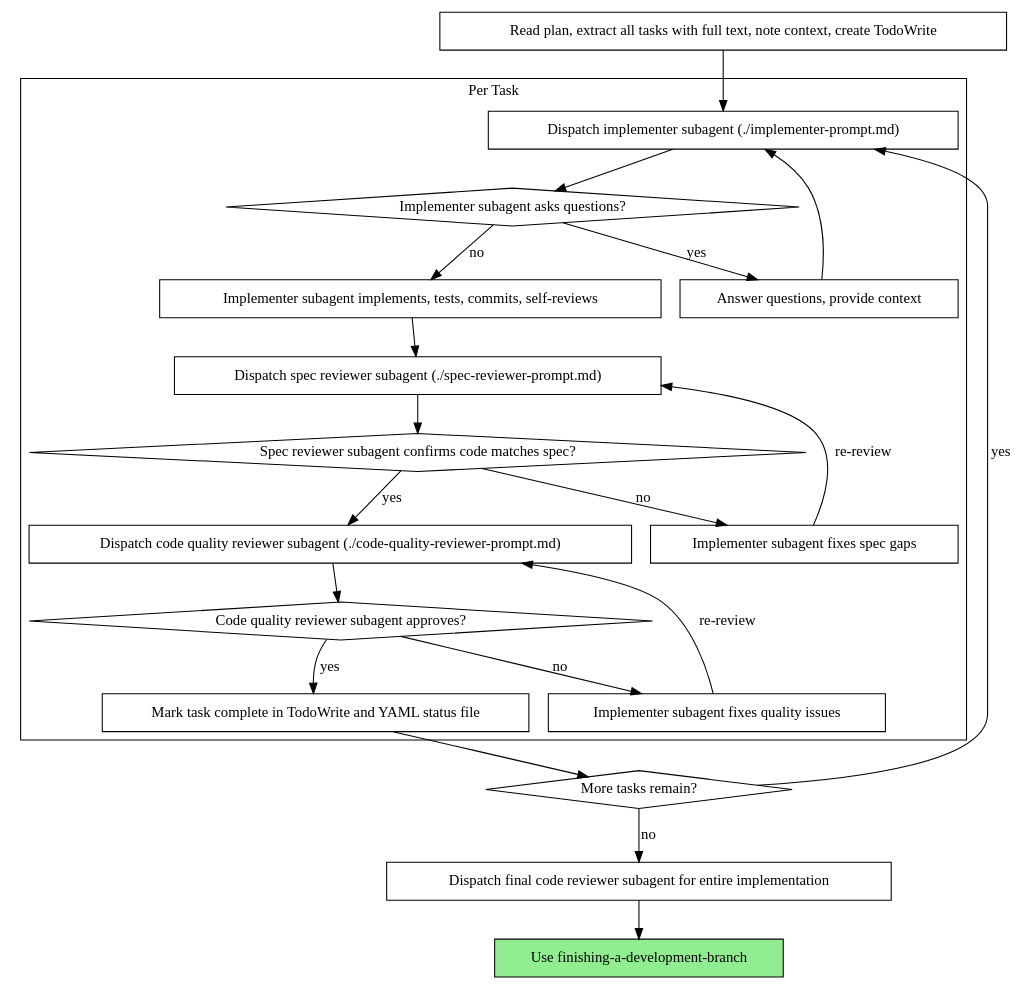
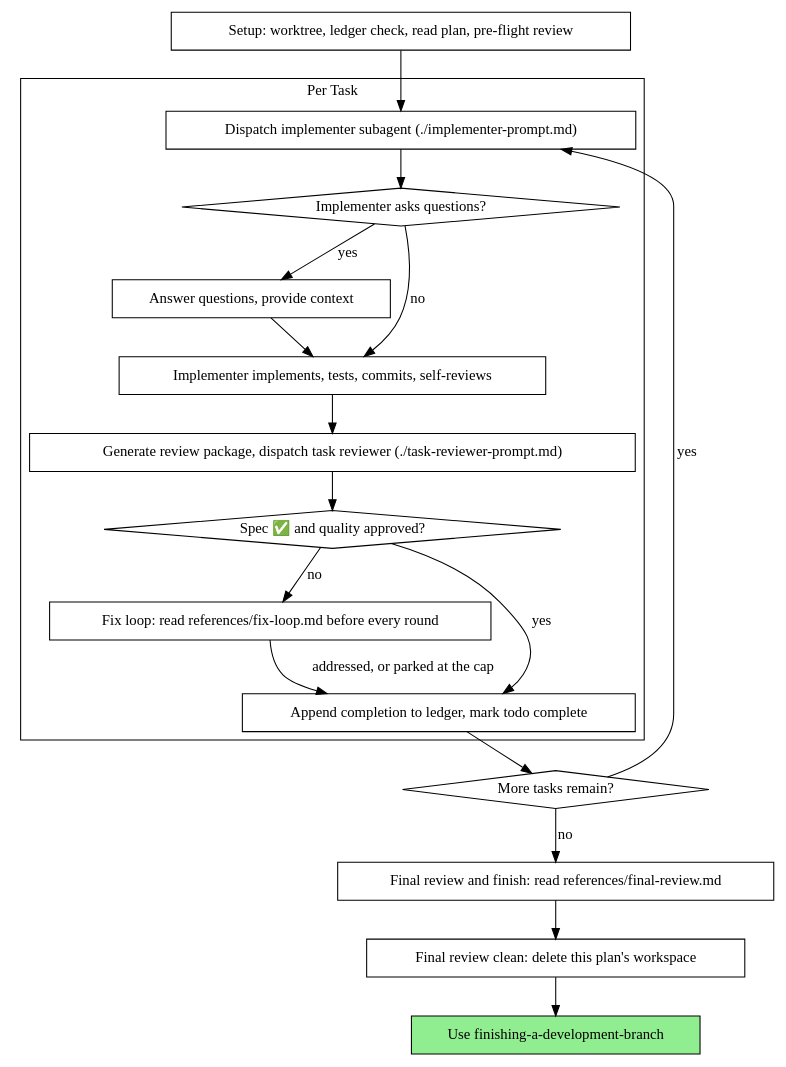
Before and after one commit to tungnt1405/tungnt-ai-skills-marketplace: the second of 2 diagrams in skills/subagent-driven-development/SKILL.md, drawn with Graphviz. The commit also changed other lines of this file and 203 other files, not shown here.

````diff
--- a/skills/subagent-driven-development/SKILL.md
+++ b/skills/subagent-driven-development/SKILL.md
@@ -78,44 +95,39 @@
 ```dot
 digraph process {
     rankdir=TB;
 
     subgraph cluster_per_task {
         label="Per Task";
         "Dispatch implementer subagent (./implementer-prompt.md)" [shape=box];
-        "Implementer subagent asks questions?" [shape=diamond];
+        "Implementer asks questions?" [shape=diamond];
         "Answer questions, provide context" [shape=box];
-        "Implementer subagent implements, tests, commits, self-reviews" [shape=box];
-        "Dispatch spec reviewer subagent (./spec-reviewer-prompt.md)" [shape=box];
-        "Spec reviewer subagent confirms code matches spec?" [shape=diamond];
-        "Implementer subagent fixes spec gaps" [shape=box];
-        "Dispatch code quality reviewer subagent (./code-quality-reviewer-prompt.md)" [shape=box];
-        "Code quality reviewer subagent approves?" [shape=diamond];
-        "Implementer subagent fixes quality issues" [shape=box];
-        "Mark task complete in TodoWrite and YAML status file" [shape=box];
+        "Implementer implements, tests, commits, self-reviews" [shape=box];
+        "Generate review package, dispatch task reviewer (./task-reviewer-prompt.md)" [shape=box];
+        "Spec ✅ and quality approved?" [shape=diamond];
+        "Fix loop: read references/fix-loop.md before every round" [shape=box];
+        "Append completion to ledger, mark todo complete" [shape=box];
     }
 
-    "Read plan, extract all tasks with full text, note context, create TodoWrite" [shape=box];
+    "Setup: worktree, ledger check, read plan, pre-flight review" [shape=box];
     "More tasks remain?" [shape=diamond];
-    "Dispatch final code reviewer subagent for entire implementation" [shape=box];
+    "Final review and finish: read references/final-review.md" [shape=box];
+    "Final review clean: delete this plan's workspace" [shape=box];
     "Use finishing-a-development-branch" [shape=box style=filled fillcolor=lightgreen];
 
-    "Read plan, extract all tasks with full text, note context, create TodoWrite" -> "Dispatch implementer subagent (./implementer-prompt.md)";
-    "Dispatch implementer subagent (./implementer-prompt.md)" -> "Implementer subagent asks questions?";
-    "Implementer subagent asks questions?" -> "Answer questions, provide context" [label="yes"];
-    "Answer questions, provide context" -> "Dispatch implementer subagent (./implementer-prompt.md)";
-    "Implementer subagent asks questions?" -> "Implementer subagent implements, tests, commits, self-reviews" [label="no"];
-    "Implementer subagent implements, tests, commits, self-reviews" -> "Dispatch spec reviewer subagent (./spec-reviewer-prompt.md)";
-    "Dispatch spec reviewer subagent (./spec-reviewer-prompt.md)" -> "Spec reviewer subagent confirms code matches spec?";
-    "Spec reviewer subagent confirms code matches spec?" -> "Implementer subagent fixes spec gaps" [label="no"];
-    "Implementer subagent fixes spec gaps" -> "Dispatch spec reviewer subagent (./spec-reviewer-prompt.md)" [label="re-review"];
-    "Spec reviewer subagent confirms code matches spec?" -> "Dispatch code quality reviewer subagent (./code-quality-reviewer-prompt.md)" [label="yes"];
-    "Dispatch code quality reviewer subagent (./code-quality-reviewer-prompt.md)" -> "Code quality reviewer subagent approves?";
-    "Code quality reviewer subagent approves?" -> "Implementer subagent fixes quality issues" [label="no"];
-    "Implementer subagent fixes quality issues" -> "Dispatch code quality reviewer subagent (./code-quality-reviewer-prompt.md)" [label="re-review"];
-    "Code quality reviewer subagent approves?" -> "Mark task complete in TodoWrite and YAML status file" [label="yes"];
-    "Mark task complete in TodoWrite and YAML status file" -> "More tasks remain?";
+    "Setup: worktree, ledger check, read plan, pre-flight review" -> "Dispatch implementer subagent (./implementer-prompt.md)";
+    "Dispatch implementer subagent (./implementer-prompt.md)" -> "Implementer asks questions?";
+    "Implementer asks questions?" -> "Answer questions, provide context" [label="yes"];
+    "Answer questions, provide context" -> "Implementer implements, tests, commits, self-reviews";
+    "Implementer asks questions?" -> "Implementer implements, tests, commits, self-reviews" [label="no"];
+    "Implementer implements, tests, commits, self-reviews" -> "Generate review package, dispatch task reviewer (./task-reviewer-prompt.md)";
+    "Generate review package, dispatch task reviewer (./task-reviewer-prompt.md)" -> "Spec ✅ and quality approved?";
+    "Spec ✅ and quality approved?" -> "Append completion to ledger, mark todo complete" [label="yes"];
+    "Spec ✅ and quality approved?" -> "Fix loop: read references/fix-loop.md before every round" [label="no"];
+    "Fix loop: read references/fix-loop.md before every round" -> "Append completion to ledger, mark todo complete" [label="addressed, or parked at the cap"];
+    "Append completion to ledger, mark todo complete" -> "More tasks remain?";
     "More tasks remain?" -> "Dispatch implementer subagent (./implementer-prompt.md)" [label="yes"];
-    "More tasks remain?" -> "Dispatch final code reviewer subagent for entire implementation" [label="no"];
-    "Dispatch final code reviewer subagent for entire implementation" -> "Use finishing-a-development-branch";
+    "More tasks remain?" -> "Final review and finish: read references/final-review.md" [label="no"];
+    "Final review and finish: read references/final-review.md" -> "Final review clean: delete this plan's workspace";
+    "Final review clean: delete this plan's workspace" -> "Use finishing-a-development-branch";
 }
 ```
````
